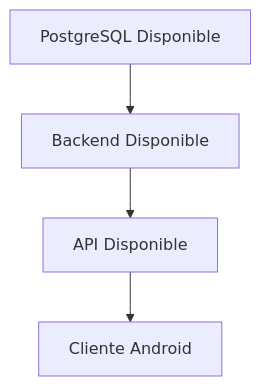
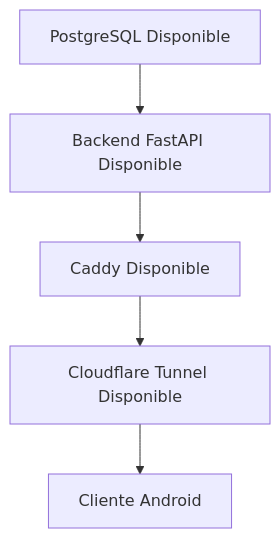
The fifth of 5 diagrams in docs/080_Despliegue.md (chirijose79-ui/Chiri), drawn with Mermaid before and after one commit. The commit also changed other lines of this file, not shown here.

````diff
--- a/docs/080_Despliegue.md
+++ b/docs/080_Despliegue.md
@@ -289,12 +297,14 @@
 ```mermaid
 flowchart TD
 
     PostgreSQL --> Backend
-    Backend --> API
-    API --> Android
+    Backend --> Caddy
+    Caddy --> Cloudflare
+    Cloudflare --> Android
 
     PostgreSQL["PostgreSQL Disponible"]
-    Backend["Backend Disponible"]
-    API["API Disponible"]
+    Backend["Backend FastAPI Disponible"]
+    Caddy["Caddy Disponible"]
+    Cloudflare["Cloudflare Tunnel Disponible"]
     Android["Cliente Android"]
 ```
````
